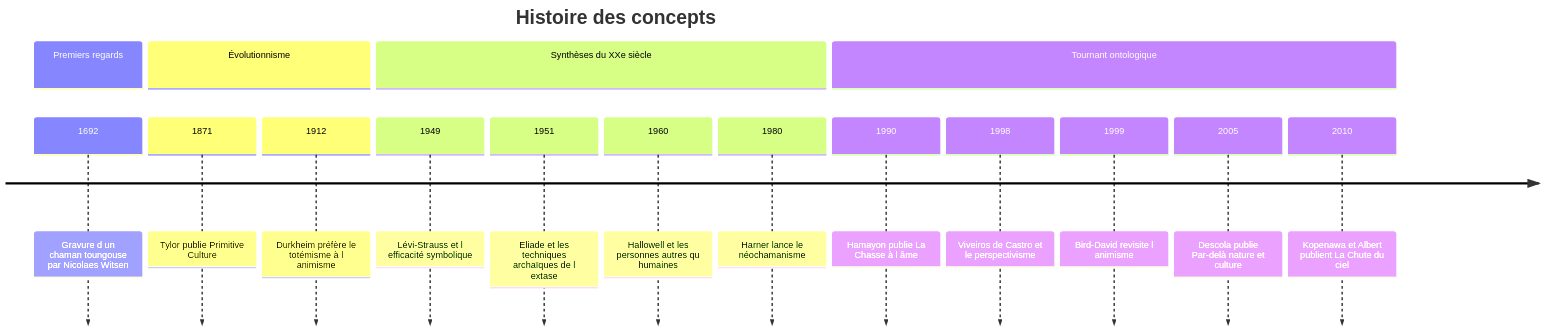
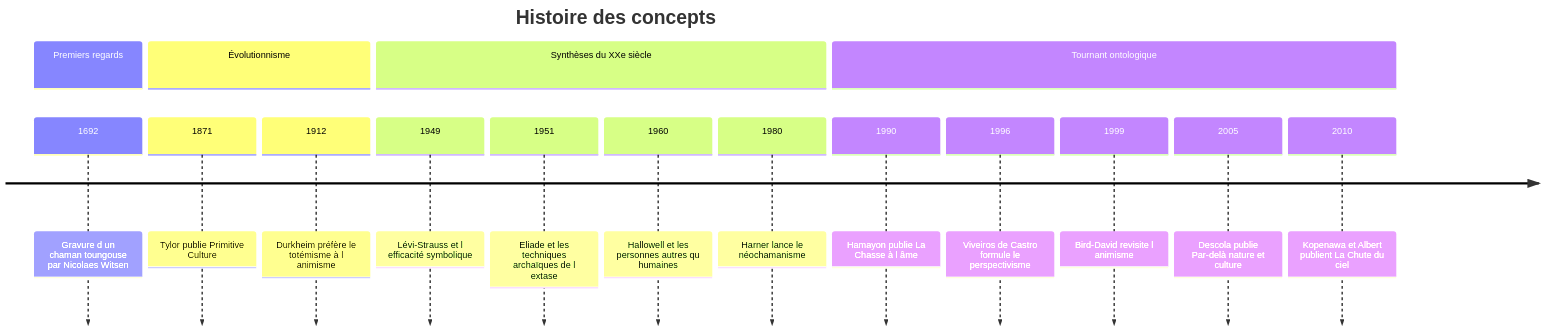
One commit to rwmicro/pensine changed the diagram in Social Sciences/Religion/Religions traditionnelles/Animisme et Chamanisme.md. Above: the diagram before and after it, drawn with Mermaid. The commit also changed other lines of this file and 4 other files, not shown here.

````diff
--- a/Social Sciences/Religion/Religions traditionnelles/Animisme et Chamanisme.md
+++ b/Social Sciences/Religion/Religions traditionnelles/Animisme et Chamanisme.md
@@ -80,20 +80,20 @@
 ```mermaid
 timeline
     title Histoire des concepts
     section Premiers regards
         1692 : Gravure d un chaman toungouse par Nicolaes Witsen
     section Évolutionnisme
         1871 : Tylor publie Primitive Culture
         1912 : Durkheim préfère le totémisme à l animisme
     section Synthèses du XXe siècle
         1949 : Lévi-Strauss et l efficacité symbolique
         1951 : Eliade et les techniques archaïques de l extase
         1960 : Hallowell et les personnes autres qu humaines
         1980 : Harner lance le néochamanisme
     section Tournant ontologique
         1990 : Hamayon publie La Chasse à l âme
-        1998 : Viveiros de Castro et le perspectivisme
+        1996 : Viveiros de Castro formule le perspectivisme
         1999 : Bird-David revisite l animisme
         2005 : Descola publie Par-delà nature et culture
         2010 : Kopenawa et Albert publient La Chute du ciel
 ```
````
